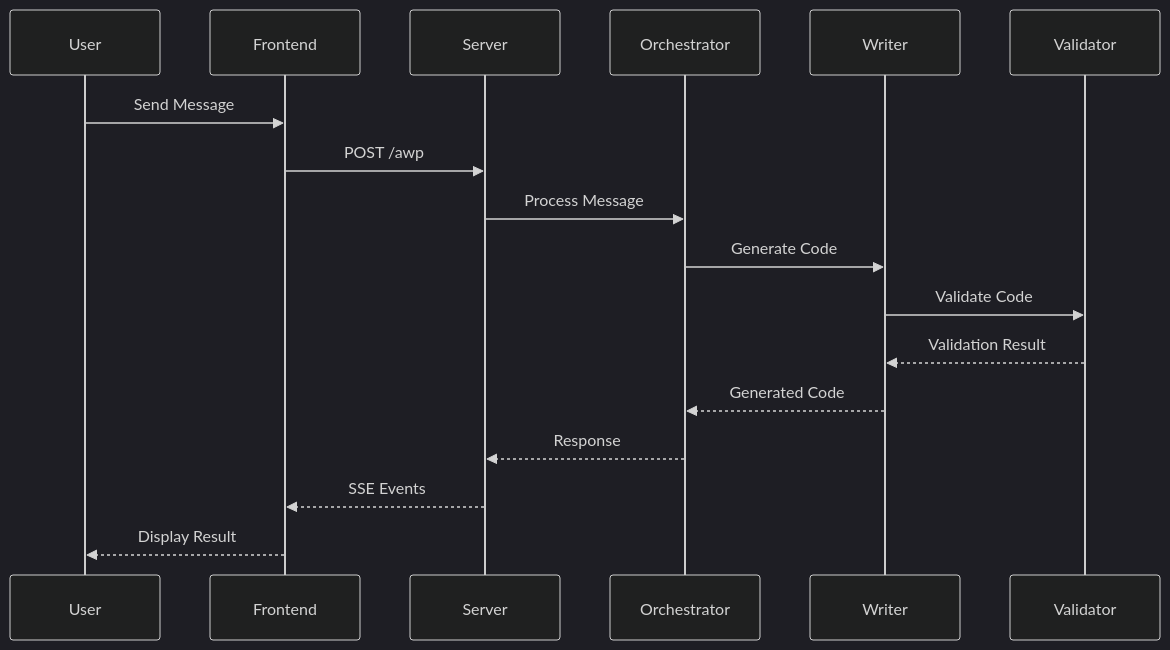
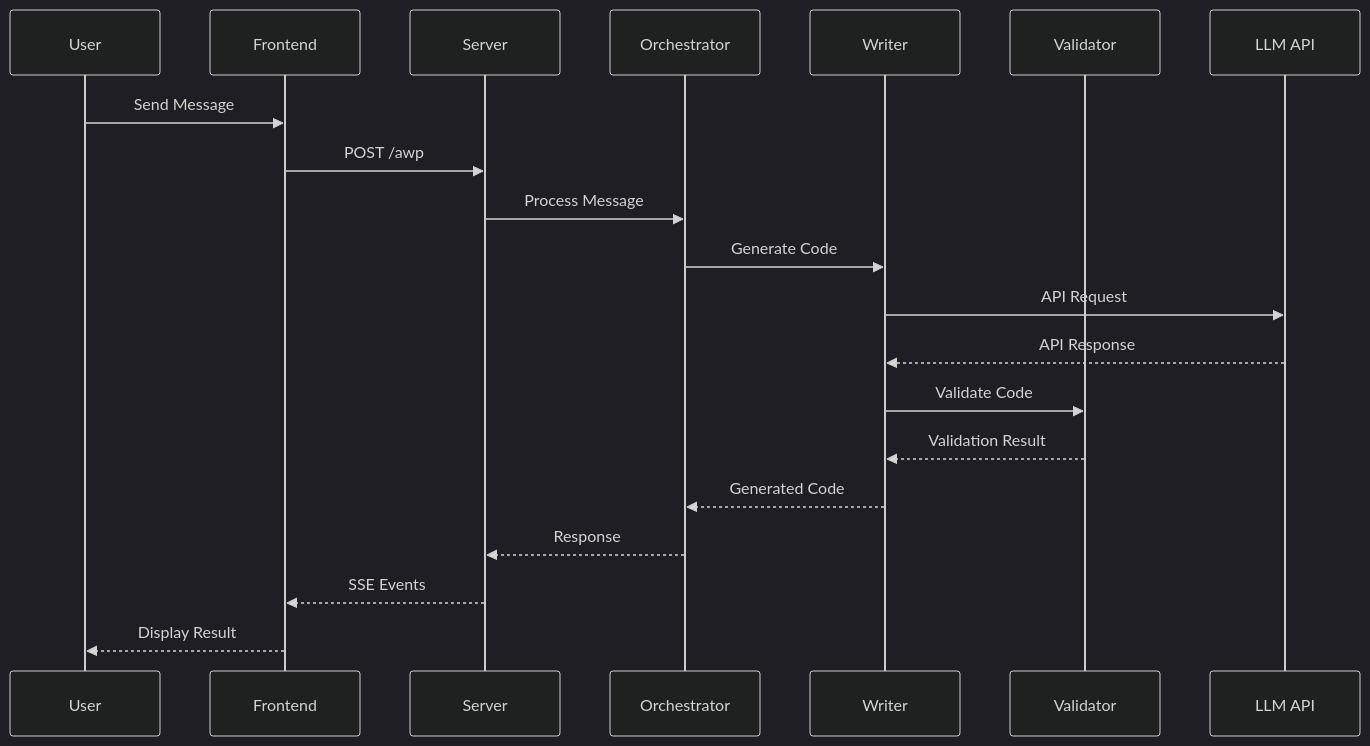
One commit to vbwyrde/AG_UI_Test changed the second of 4 diagrams in DOCUMENTATION.md. Above: the diagram before and after it, drawn with Mermaid (dark theme). The commit also changed other lines of this file and 5 other files, not shown here.

````diff
--- a/DOCUMENTATION.md
+++ b/DOCUMENTATION.md
@@ -41,20 +71,23 @@
 ```mermaid
 sequenceDiagram
     participant U as User
     participant F as Frontend
     participant S as Server
     participant O as Orchestrator
     participant W as Writer
     participant V as Validator
+    participant L as LLM API
 
     U->>F: Send Message
     F->>S: POST /awp
     S->>O: Process Message
     O->>W: Generate Code
+    W->>L: API Request
+    L-->>W: API Response
     W->>V: Validate Code
     V-->>W: Validation Result
     W-->>O: Generated Code
     O-->>S: Response
     S-->>F: SSE Events
     F-->>U: Display Result
 ```
````
